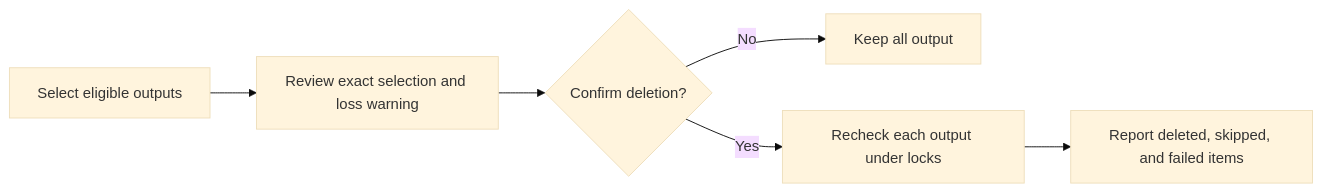
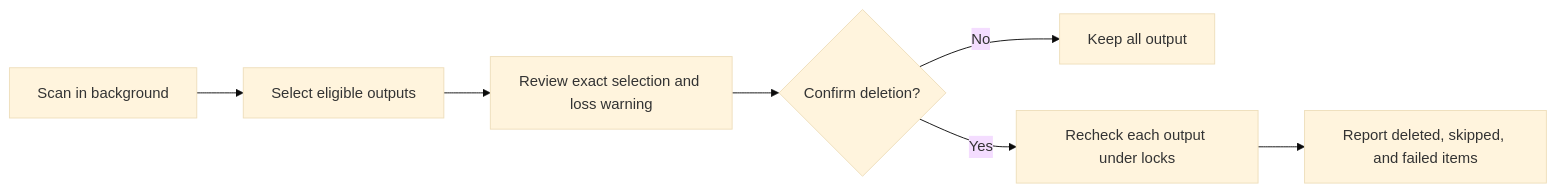
One commit to HenryQW/pi-harness changed the second of 5 diagrams in extensions/pi-herdr-tools/README.md. Above: the diagram before and after it, drawn with Mermaid (base theme). The commit also changed other lines of this file and 4 other files, not shown here.

````diff
--- a/extensions/pi-herdr-tools/README.md
+++ b/extensions/pi-herdr-tools/README.md
@@ -116,8 +120,9 @@
 ```mermaid
 flowchart LR
-    A[Select eligible outputs] --> B[Review exact selection and loss warning]
+    S[Scan in background] --> A[Select eligible outputs]
+    A --> B[Review exact selection and loss warning]
     B --> C{Confirm deletion?}
     C -->|No| D[Keep all output]
     C -->|Yes| E[Recheck each output under locks]
     E --> F[Report deleted, skipped, and failed items]
 ```
````
